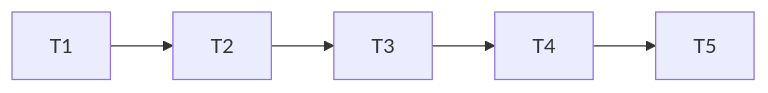
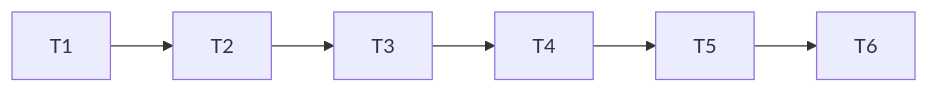
Before and after one commit to romulosutil/crm-silmer: the diagram in .specs/features/order-timeline/tasks.md, drawn with Mermaid. The commit also changed other lines of this file and 4 other files, not shown here.

Commit message:
feat(orders): open timeline details from event titles [DTL-T06]

````diff
--- a/.specs/features/order-timeline/tasks.md
+++ b/.specs/features/order-timeline/tasks.md
@@ -29,7 +29,8 @@
 ```mermaid
 flowchart LR
   T1 --> T2
   T2 --> T3
   T3 --> T4
   T4 --> T5
+  T5 --> T6
 ```
````
